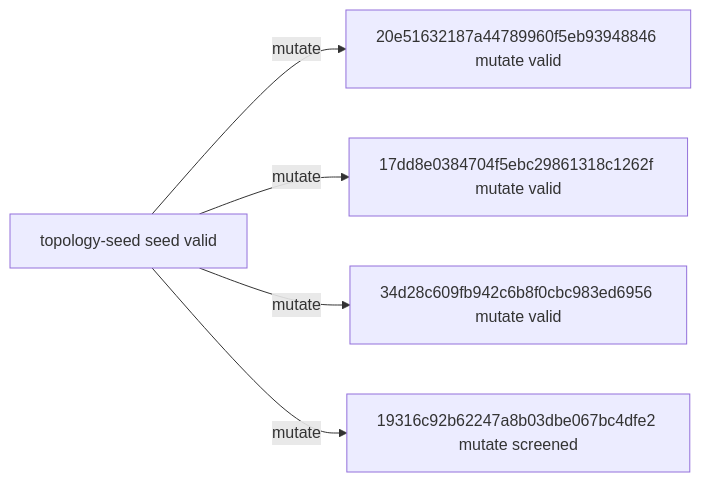
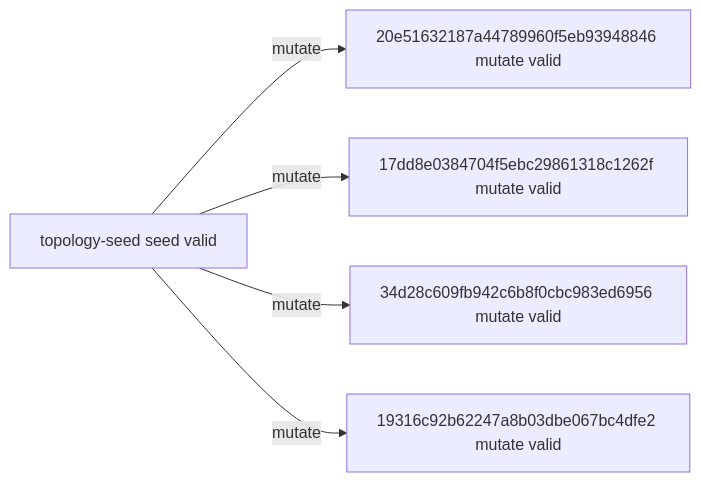
The diagram in experiments/campaigns/topology-smac-v1/README.md (timbtz/feyer-search-lab), drawn with Mermaid before and after one commit. The commit also changed other lines of this file and 7 other files, not shown here.

Commit message:
Record DAG campaign 19316c92b62247a8b03dbe067bc4dfe2-full

````diff
--- a/experiments/campaigns/topology-smac-v1/README.md
+++ b/experiments/campaigns/topology-smac-v1/README.md
@@ -21,12 +21,12 @@
 ```mermaid
 graph LR
   n0["topology-seed seed valid"]
   n1["20e51632187a44789960f5eb93948846 mutate valid"]
   n2["17dd8e0384704f5ebc29861318c1262f mutate valid"]
   n3["34d28c609fb942c6b8f0cbc983ed6956 mutate valid"]
-  n4["19316c92b62247a8b03dbe067bc4dfe2 mutate screened"]
+  n4["19316c92b62247a8b03dbe067bc4dfe2 mutate valid"]
   n0 -->|mutate| n1
   n0 -->|mutate| n2
   n0 -->|mutate| n3
   n0 -->|mutate| n4
 ```
````
